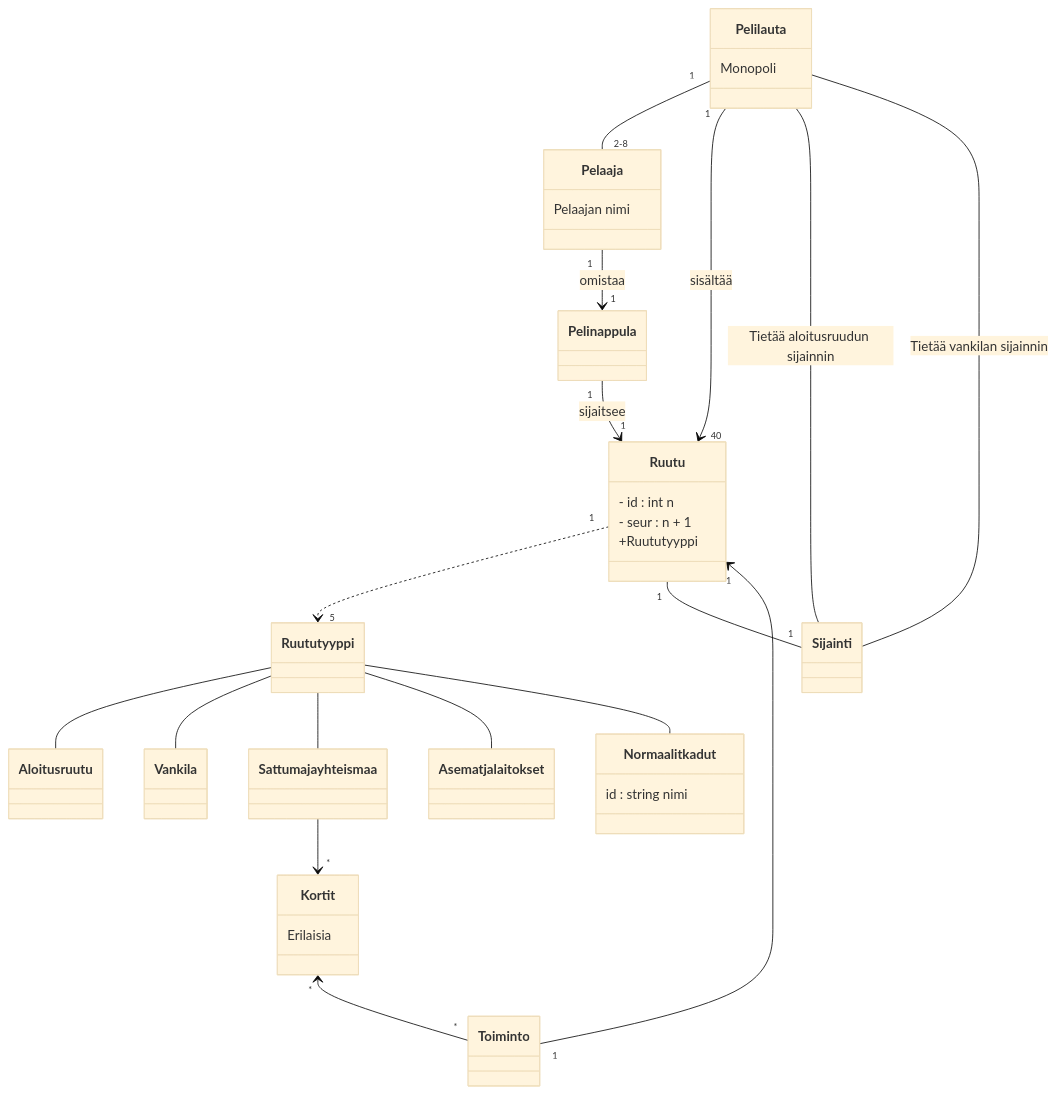
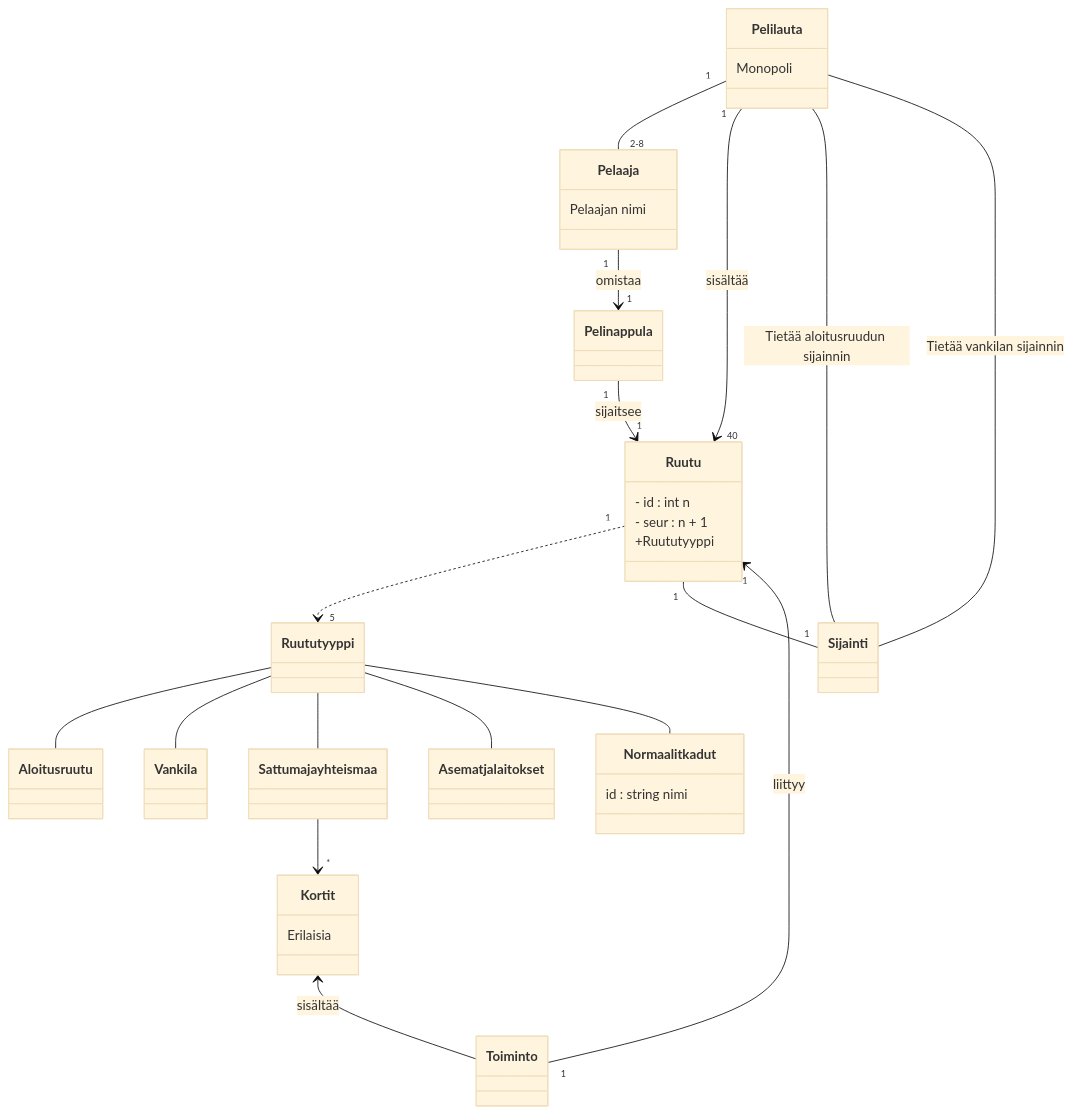
Before and after one commit to brotholi/ot-harjoitustyo: the diagram in laskarit/viikko3/monopoli.md, drawn with Mermaid (base theme).

````diff
--- a/laskarit/viikko3/monopoli.md
+++ b/laskarit/viikko3/monopoli.md
@@ -1,70 +1,70 @@
 ```mermaid
  classDiagram
     
     
     class Pelaaja {
         Pelaajan nimi
     }
 
     class Pelilauta {
      Monopoli 
     }
     
     
     class Ruutu {
     - id : int n
     - seur : n + 1
      +Ruututyyppi 
     
     }
     
     
 
     class Normaalit kadut {
     id : string nimi
     }
          
     class Pelinappula {
     }
     
     class Toiminto {
     
     }
     
     class Kortit {
     Erilaisia
     
     }
     
 
     Pelilauta "1" -- "2-8" Pelaaja
 
     Pelaaja "1" --> "1" Pelinappula : omistaa
     Pelilauta "1" --> "40" Ruutu : sisältää
     Pelinappula "1" --> "1" Ruutu : sijaitsee
 
     Ruutu "1" ..> "5" Ruututyyppi 
     
     Ruututyyppi -- Aloitusruutu
     Ruututyyppi -- Vankila
     Ruututyyppi -- Sattuma ja yhteismaa
     Ruututyyppi -- Asemat ja laitokset
     Ruututyyppi -- Normaalit kadut
 
 
     Sattuma ja yhteismaa --> "*" Kortit
     
     Ruutu "1" -- "1" Sijainti
     
     Pelilauta -- Sijainti : Tietää aloitusruudun sijainnin
     Pelilauta -- Sijainti : Tietää vankilan sijainnin
     
-    Ruutu "1" <-- "1" Toiminto
+    Ruutu "1" <-- "1" Toiminto : liittyy
     
-    Kortit "*" <-- "*" Toiminto
+    Kortit <-- Toiminto : sisältää
     
     
 
 
     
 ```
````
